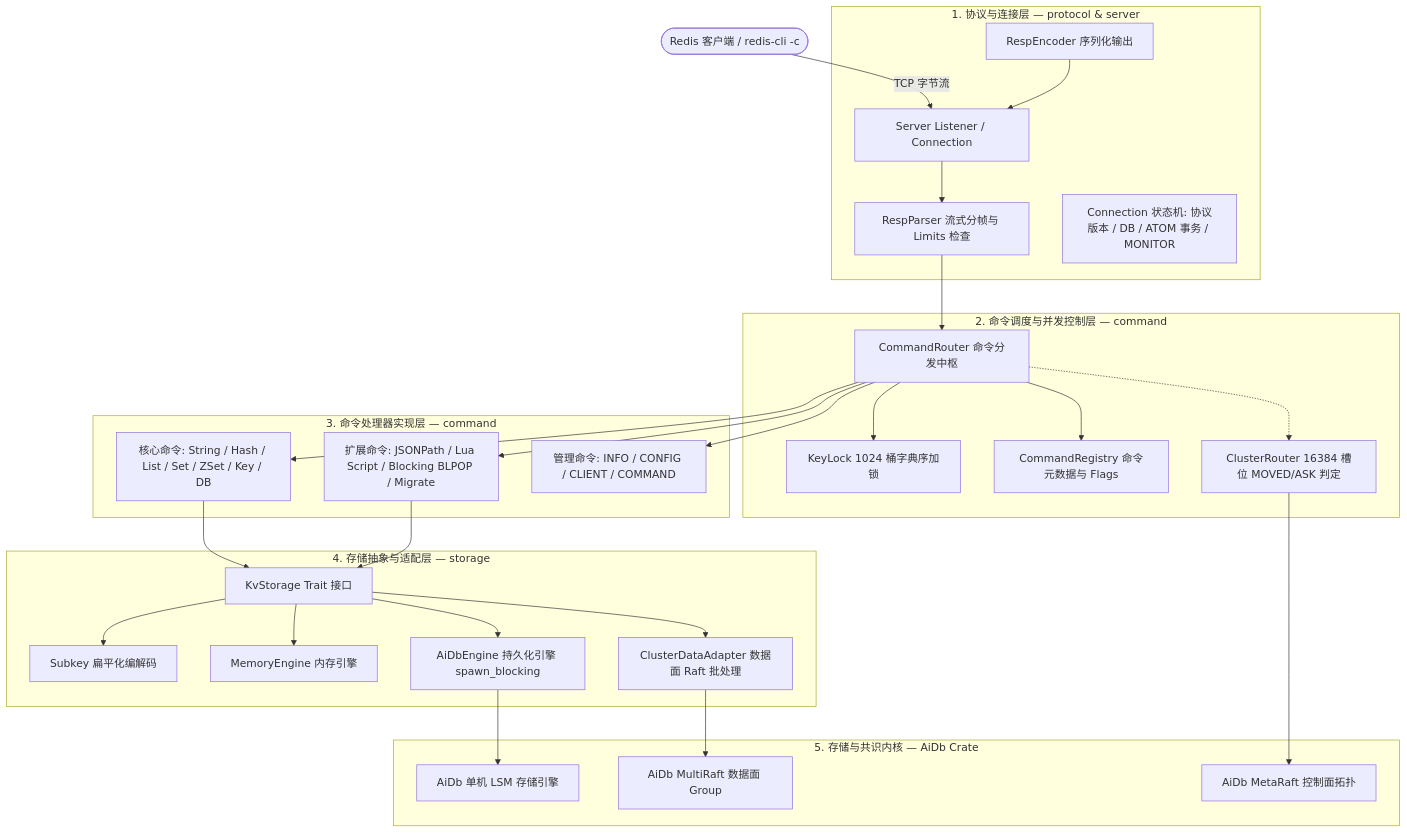
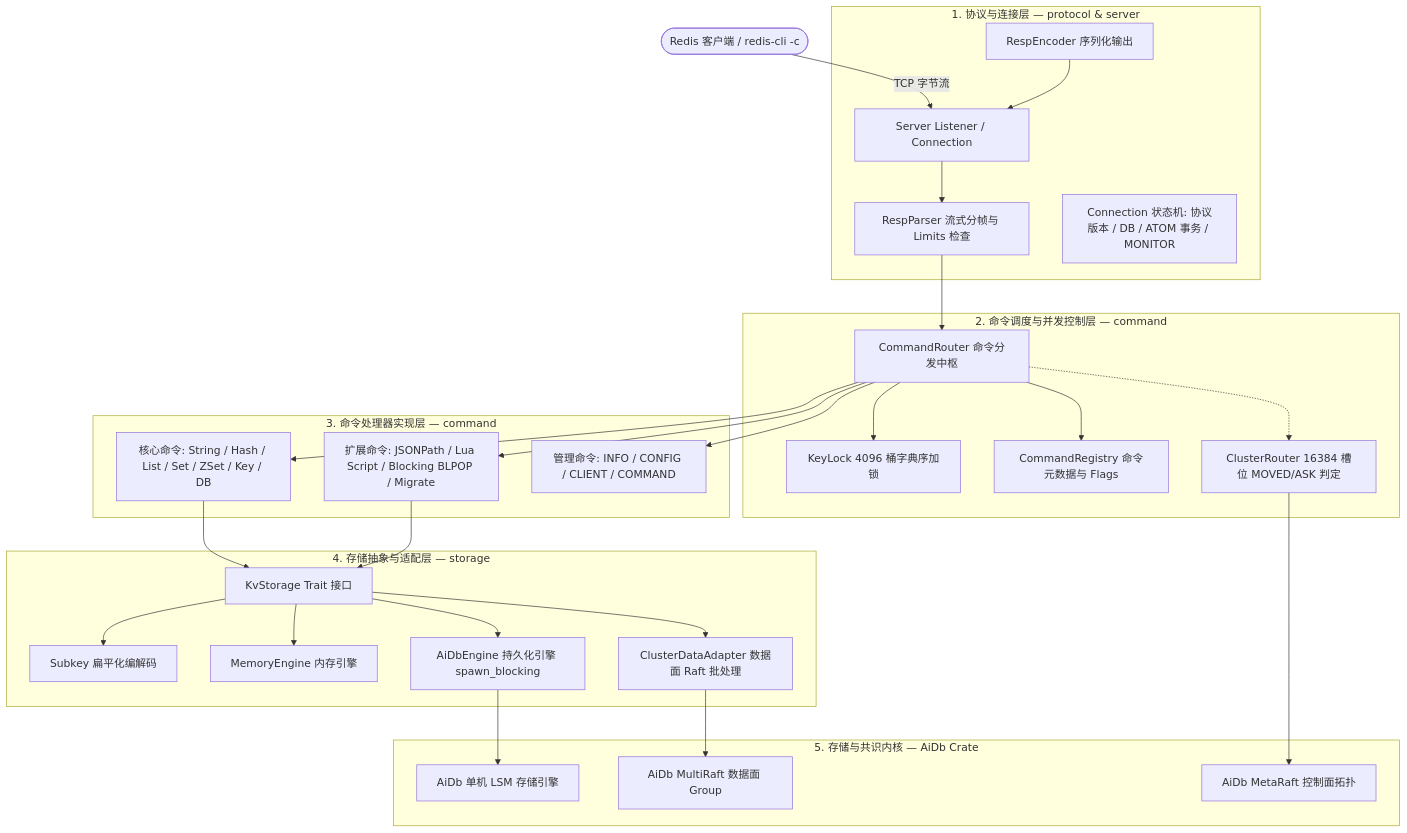
The first of 5 diagrams in ARCHITECTURE.md (Genuineh/AiKv), drawn with Mermaid before and after one commit. The commit also changed other lines of this file and 9 other files, not shown here.

````diff
--- a/ARCHITECTURE.md
+++ b/ARCHITECTURE.md
@@ -29,38 +29,38 @@
 ```mermaid
 flowchart TB
     Client([Redis 客户端 / redis-cli -c]) -->|TCP 字节流| Listener[Server Listener / Connection]
 
     subgraph ProtocolLayer [1. 协议与连接层 — protocol & server]
         Listener --> Parser[RespParser 流式分帧与 Limits 检查]
         Encoder[RespEncoder 序列化输出] --> Listener
         ConnState[Connection 状态机: 协议版本 / DB / ATOM 事务 / MONITOR]
     end
 
     subgraph RouterLayer [2. 命令调度与并发控制层 — command]
         Parser --> Router[CommandRouter 命令分发中枢]
-        Router --> KeyLock[KeyLock 1024 桶字典序加锁]
+        Router --> KeyLock[KeyLock 4096 桶字典序加锁]
         Router --> Registry[CommandRegistry 命令元数据与 Flags]
         Router -.-> ClusterRoute[ClusterRouter 16384 槽位 MOVED/ASK 判定]
     end
 
     subgraph HandlerLayer [3. 命令处理器实现层 — command]
         Router --> CoreCmds[核心命令: String / Hash / List / Set / ZSet / Key / DB]
         Router --> ExtCmds[扩展命令: JSONPath / Lua Script / Blocking BLPOP / Migrate]
         Router --> AdminCmds[管理命令: INFO / CONFIG / CLIENT / COMMAND]
     end
 
     subgraph StorageLayer [4. 存储抽象与适配层 — storage]
         CoreCmds --> StorageTrait[KvStorage Trait 接口]
         ExtCmds --> StorageTrait
         StorageTrait --> SubkeyEncoder[Subkey 扁平化编解码]
         StorageTrait --> MemoryEngine[MemoryEngine 内存引擎]
         StorageTrait --> AiDbEngine[AiDbEngine 持久化引擎 spawn_blocking]
         StorageTrait --> ClusterAdapter[ClusterDataAdapter 数据面 Raft 批处理]
     end
 
     subgraph SiblingAiDb [5. 存储与共识内核 — AiDb Crate]
         AiDbEngine --> LSM[AiDb 单机 LSM 存储引擎]
         ClusterAdapter --> MultiRaft[AiDb MultiRaft 数据面 Group]
         ClusterRoute --> MetaRaft[AiDb MetaRaft 控制面拓扑]
     end
 ```
````
